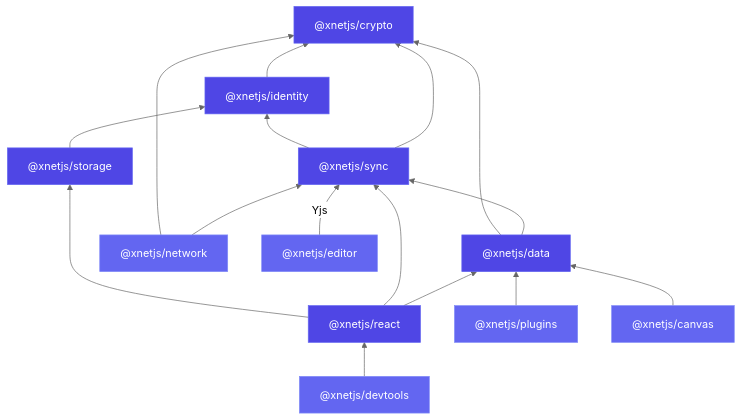
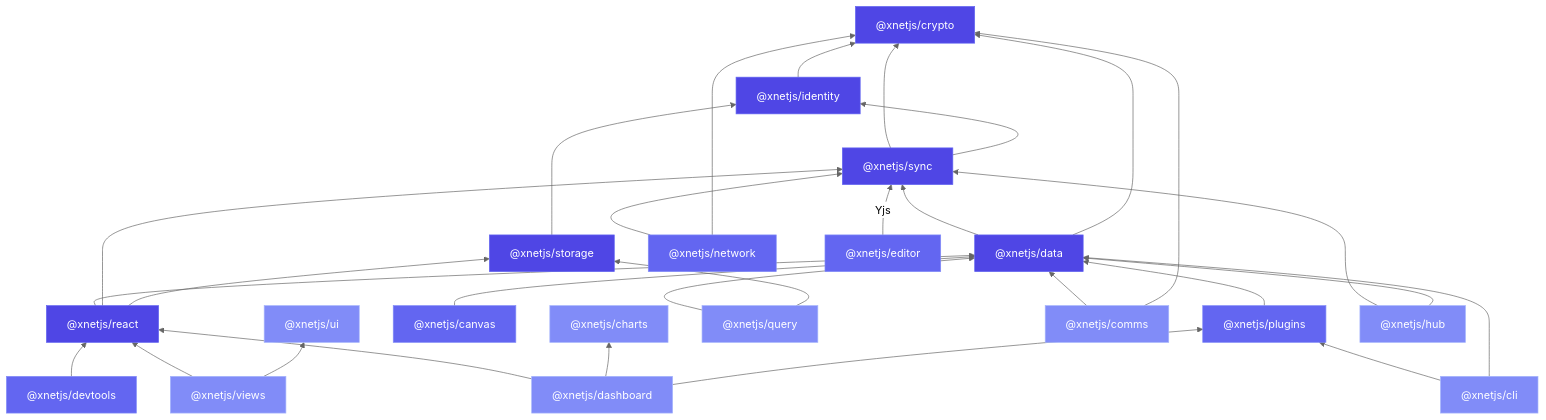
The diagram in site/src/content/docs/docs/architecture/package-graph.mdx (crs48/xNet), drawn with Mermaid (neutral theme) before and after one commit. The commit also changed other lines of this file and 15 other files, not shown here.

````diff
--- a/site/src/content/docs/docs/architecture/package-graph.mdx
+++ b/site/src/content/docs/docs/architecture/package-graph.mdx
@@ -13,42 +14,71 @@
 ```mermaid
 graph BT
   crypto["@xnetjs/crypto"]
   identity["@xnetjs/identity"]
   storage["@xnetjs/storage"]
   sync["@xnetjs/sync"]
   data["@xnetjs/data"]
   react["@xnetjs/react"]
   network["@xnetjs/network"]
   plugins["@xnetjs/plugins"]
   editor["@xnetjs/editor"]
   canvas["@xnetjs/canvas"]
   devtools["@xnetjs/devtools"]
+  ui["@xnetjs/ui"]
+  query["@xnetjs/query"]
+  views["@xnetjs/views"]
+  comms["@xnetjs/comms"]
+  charts["@xnetjs/charts"]
+  dashboard["@xnetjs/dashboard"]
+  cli["@xnetjs/cli"]
+  hub["@xnetjs/hub"]
 
   identity --> crypto
   storage --> identity
   sync --> crypto
   sync --> identity
   data --> sync
   data --> crypto
   network --> sync
   network --> crypto
   react --> data
   react --> sync
   react --> storage
   plugins --> data
   editor --> |Yjs| sync
   canvas --> data
   devtools --> react
+  query --> data
+  query --> storage
+  views --> react
+  views --> ui
+  comms --> data
+  comms --> crypto
+  dashboard --> react
+  dashboard --> charts
+  dashboard --> plugins
+  cli --> plugins
+  cli --> data
+  hub --> sync
+  hub --> data
 
   style crypto fill:#4f46e5,color:#fff,stroke:#6366f1
   style identity fill:#4f46e5,color:#fff,stroke:#6366f1
   style storage fill:#4f46e5,color:#fff,stroke:#6366f1
   style sync fill:#4f46e5,color:#fff,stroke:#6366f1
   style data fill:#4f46e5,color:#fff,stroke:#6366f1
   style react fill:#4f46e5,color:#fff,stroke:#6366f1
   style network fill:#6366f1,color:#fff,stroke:#818cf8
   style plugins fill:#6366f1,color:#fff,stroke:#818cf8
   style editor fill:#6366f1,color:#fff,stroke:#818cf8
   style canvas fill:#6366f1,color:#fff,stroke:#818cf8
   style devtools fill:#6366f1,color:#fff,stroke:#818cf8
+  style ui fill:#818cf8,color:#fff,stroke:#a5b4fc
+  style query fill:#818cf8,color:#fff,stroke:#a5b4fc
+  style views fill:#818cf8,color:#fff,stroke:#a5b4fc
+  style comms fill:#818cf8,color:#fff,stroke:#a5b4fc
+  style charts fill:#818cf8,color:#fff,stroke:#a5b4fc
+  style dashboard fill:#818cf8,color:#fff,stroke:#a5b4fc
+  style cli fill:#818cf8,color:#fff,stroke:#a5b4fc
+  style hub fill:#818cf8,color:#fff,stroke:#a5b4fc
 ```
````
